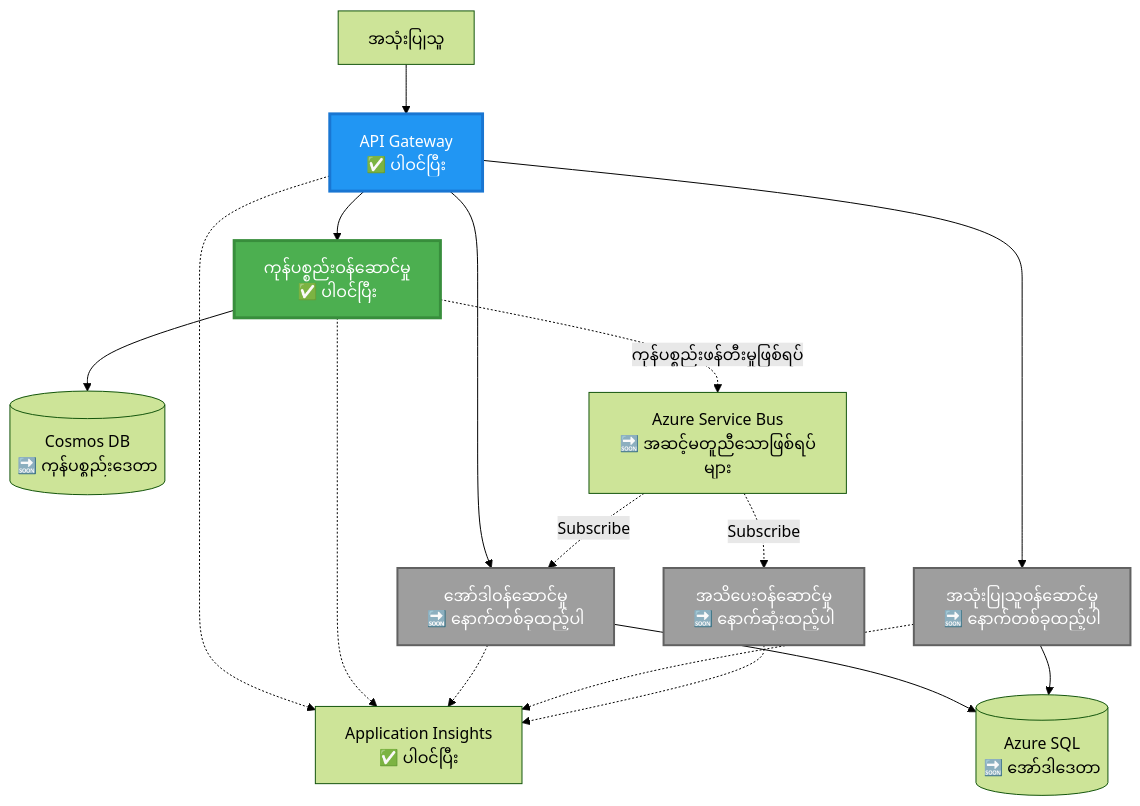
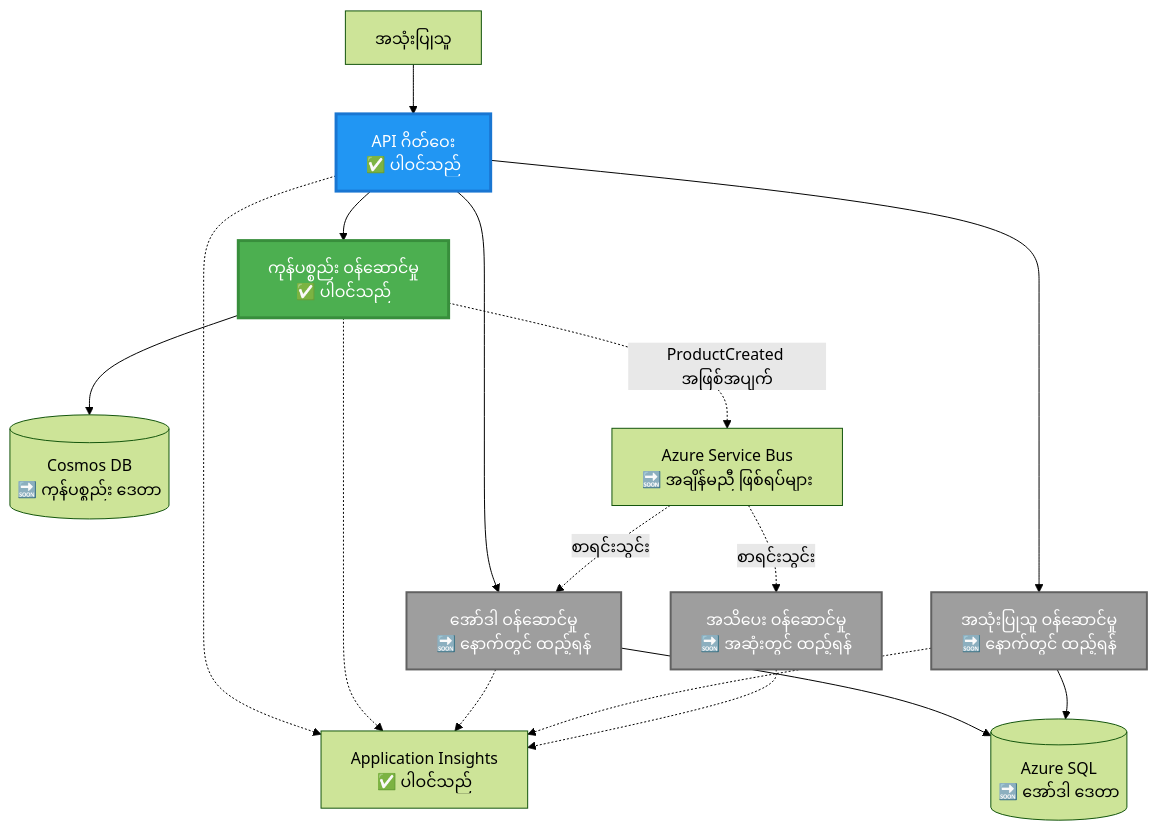
The second of 4 diagrams in translations/my/examples/microservices/README.md (microsoft/AZD-for-beginners), drawn with Mermaid (forest theme) before and after one commit. The commit also changed other lines of this file and 242 other files, not shown here.

````diff
--- a/translations/my/examples/microservices/README.md
+++ b/translations/my/examples/microservices/README.md
@@ -78,39 +69,39 @@
 ```mermaid
 graph TB
     User[အသုံးပြုသူ]
-    Gateway[API Gateway<br/>✅ ပါဝင်ပြီး]
-    Product[ကုန်ပစ္စည်းဝန်ဆောင်မှု<br/>✅ ပါဝင်ပြီး]
-    Order[အော်ဒါဝန်ဆောင်မှု<br/>🔜 နောက်တစ်ခုထည့်ပါ]
-    UserSvc[အသုံးပြုသူဝန်ဆောင်မှု<br/>🔜 နောက်တစ်ခုထည့်ပါ]
-    Notify[အသိပေးဝန်ဆောင်မှု<br/>🔜 နောက်ဆုံးထည့်ပါ]
+    Gateway[API ဂိတ်ဝေး<br/>✅ ပါဝင်သည်]
+    Product[ကုန်ပစ္စည်း ဝန်ဆောင်မှု<br/>✅ ပါဝင်သည်]
+    Order[အော်ဒါ ဝန်ဆောင်မှု<br/>🔜 နောက်တွင် ထည့်ရန်]
+    UserSvc[အသုံးပြုသူ ဝန်ဆောင်မှု<br/>🔜 နောက်တွင် ထည့်ရန်]
+    Notify[အသိပေး ဝန်ဆောင်မှု<br/>🔜 အဆုံးတွင် ထည့်ရန်]
     
-    CosmosDB[(Cosmos DB<br/>🔜 ကုန်ပစ္စည်းဒေတာ)]
-    AzureSQL[(Azure SQL<br/>🔜 အော်ဒါဒေတာ)]
-    ServiceBus[Azure Service Bus<br/>🔜 အဆင့်မတူညီသောဖြစ်ရပ်များ]
-    AppInsights[Application Insights<br/>✅ ပါဝင်ပြီး]
+    CosmosDB[(Cosmos DB<br/>🔜 ကုန်ပစ္စည်း ဒေတာ)]
+    AzureSQL[(Azure SQL<br/>🔜 အော်ဒါ ဒေတာ)]
+    ServiceBus[Azure Service Bus<br/>🔜 အချိန်မညီ ဖြစ်ရပ်များ]
+    AppInsights[Application Insights<br/>✅ ပါဝင်သည်]
     
     User --> Gateway
     Gateway --> Product
     Gateway --> Order
     Gateway --> UserSvc
     
     Product --> CosmosDB
     Order --> AzureSQL
     UserSvc --> AzureSQL
     
-    Product -.->|ကုန်ပစ္စည်းဖန်တီးမှုဖြစ်ရပ်| ServiceBus
-    ServiceBus -.->|Subscribe| Notify
-    ServiceBus -.->|Subscribe| Order
+    Product -.->|ProductCreated အဖြစ်အပျက်| ServiceBus
+    ServiceBus -.->|စာရင်းသွင်း| Notify
+    ServiceBus -.->|စာရင်းသွင်း| Order
     
     Gateway -.-> AppInsights
     Product -.-> AppInsights
     Order -.-> AppInsights
     UserSvc -.-> AppInsights
     Notify -.-> AppInsights
     
     style Product fill:#4CAF50,stroke:#388E3C,stroke-width:3px,color:#fff
     style Gateway fill:#2196F3,stroke:#1976D2,stroke-width:3px,color:#fff
     style Order fill:#9E9E9E,stroke:#616161,stroke-width:2px,color:#fff
     style UserSvc fill:#9E9E9E,stroke:#616161,stroke-width:2px,color:#fff
     style Notify fill:#9E9E9E,stroke:#616161,stroke-width:2px,color:#fff
 ```
````
